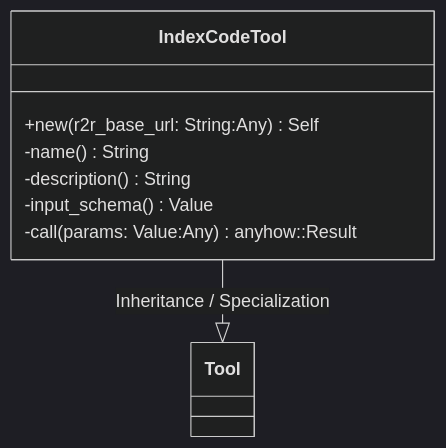
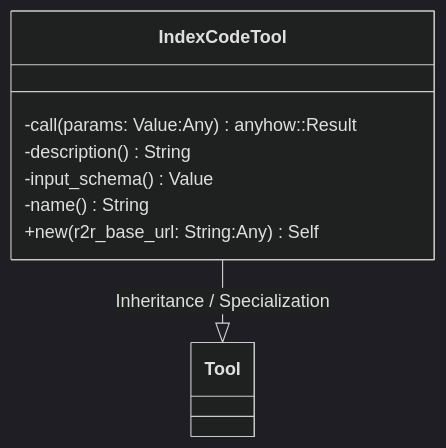
One commit to lgcorzo/rust_CACD_autonomous_factory changed the first of 2 diagrams in openwiki/crates_factory-mcp-server_src_tools_index_code_rs.md. Above: the diagram before and after it, drawn with Mermaid (dark theme). The commit also changed other lines of this file and 76 other files, not shown here.

````diff
--- a/openwiki/crates_factory-mcp-server_src_tools_index_code_rs.md
+++ b/openwiki/crates_factory-mcp-server_src_tools_index_code_rs.md
@@ -82,13 +82,13 @@
 ```mermaid
 classDiagram
     direction BT
     class IndexCodeTool {
-        +new(r2r_base_url: String:Any) Self
-        -name() String
+        -call(params: Value:Any) anyhow::Result<CallToolResult>
         -description() String
         -input_schema() Value
-        -call(params: Value:Any) anyhow::Result<CallToolResult>
+        -name() String
+        +new(r2r_base_url: String:Any) Self
     }
     Tool <|-- IndexCodeTool : Inheritance / Specialization
 
 ```
````
